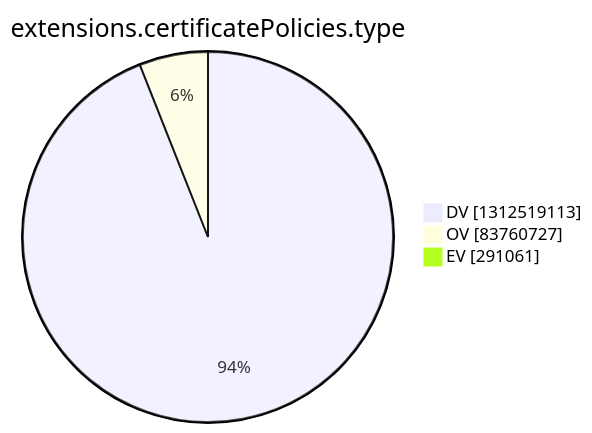
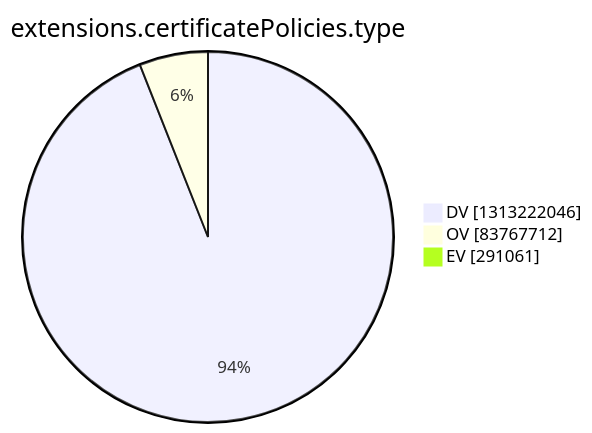
The tenth of 15 diagrams in argon2022/README.md (christiankrug/ctmonitor_visualization), drawn with Mermaid before and after one commit. The commit also changed other lines of this file, not shown here.

````diff
--- a/argon2022/README.md
+++ b/argon2022/README.md
@@ -2772,7 +2772,7 @@
 ```mermaid
 pie showData
 title extensions.certificatePolicies.type
-"DV" :1312519113
-"OV" :83760727
+"DV" :1313222046
+"OV" :83767712
 "EV" :291061
 ```
````
